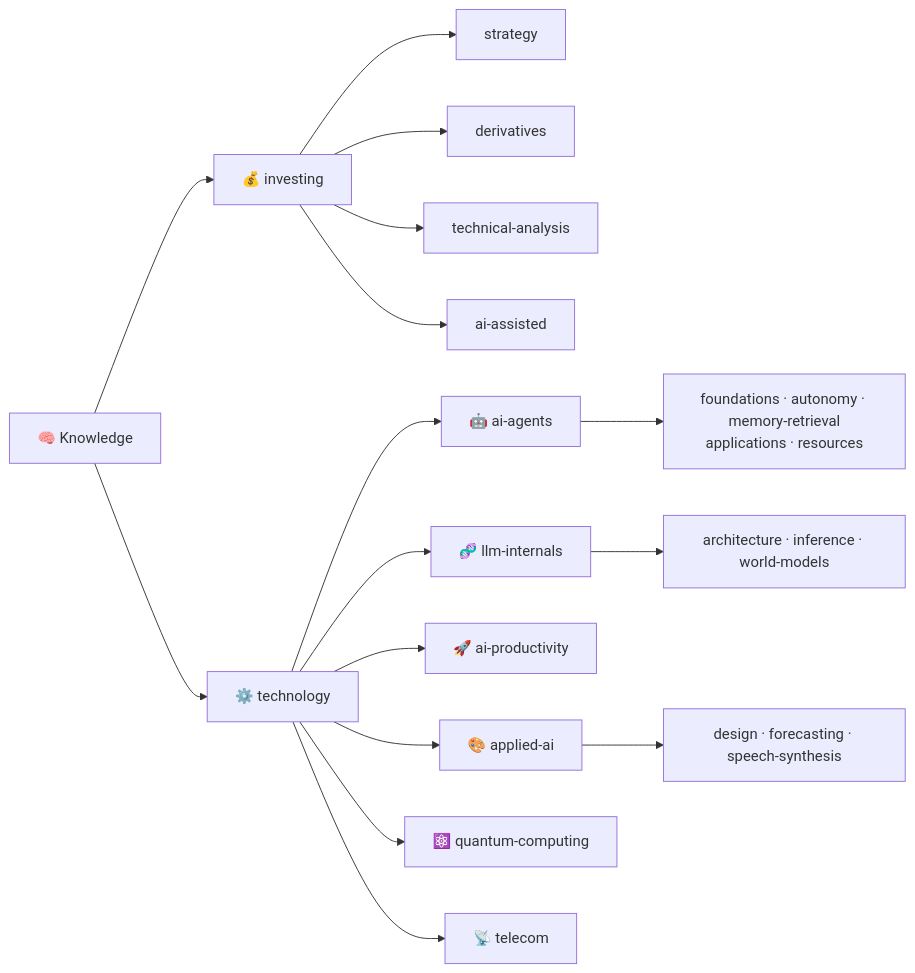
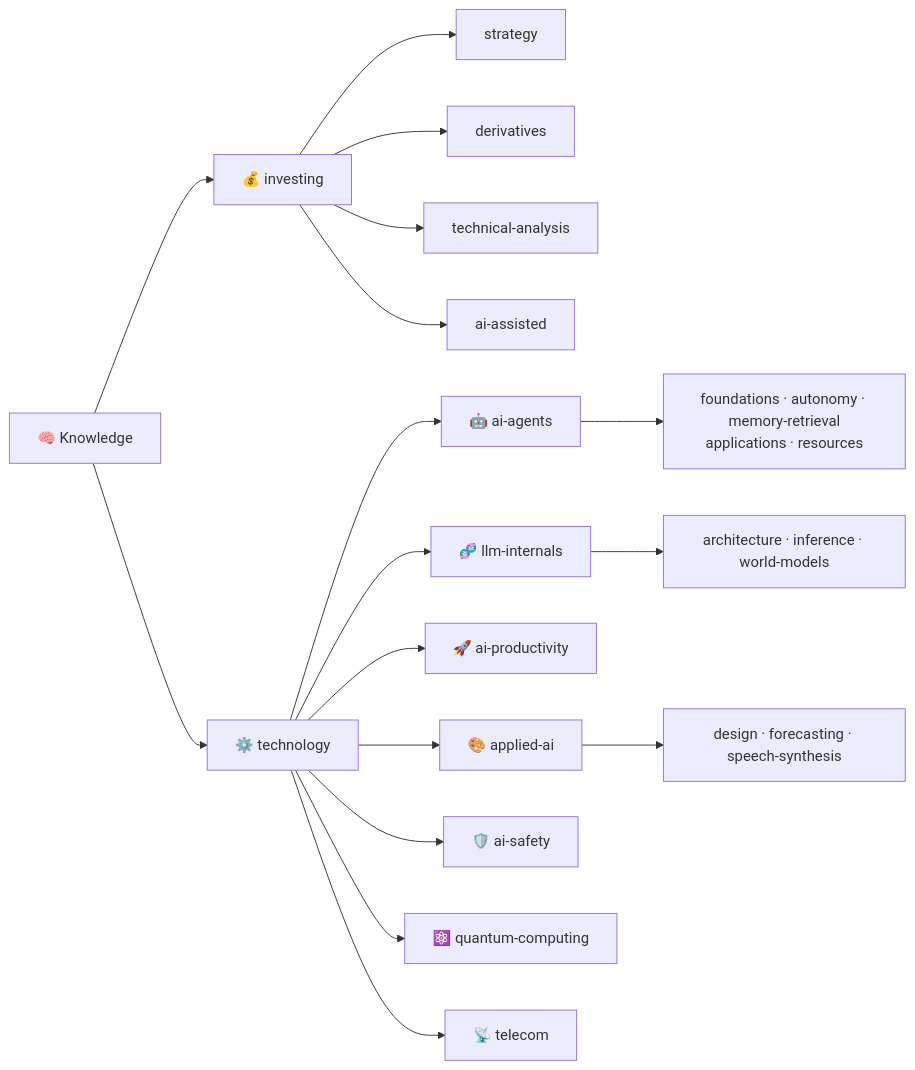
Before and after one commit to shooter2062424/Knowledge: the diagram in README.md, drawn with Mermaid. The commit also changed other lines of this file and 1 other file, not shown here.

First line of the commit message:
新增「AI 學會裝傻和欺騙:Safety Evaluation 跟不上大模型」筆記

````diff
--- a/README.md
+++ b/README.md
@@ -25,18 +25,19 @@
 ```mermaid
 flowchart LR
     K["🧠 Knowledge"] --> I["💰 investing"]
     K --> T["⚙️ technology"]
     I --> I1["strategy"]
     I --> I2["derivatives"]
     I --> I3["technical-analysis"]
     I --> I4["ai-assisted"]
     T --> T1["🤖 ai-agents"]
     T --> T2["🧬 llm-internals"]
     T --> T3["🚀 ai-productivity"]
     T --> T4["🎨 applied-ai"]
+    T --> T7["🛡️ ai-safety"]
     T --> T6["⚛️ quantum-computing"]
     T --> T5["📡 telecom"]
     T1 --> T1a["foundations · autonomy · memory-retrieval<br/>applications · resources"]
     T2 --> T2a["architecture · inference · world-models"]
     T4 --> T4a["design · forecasting · speech-synthesis"]
 ```
````
